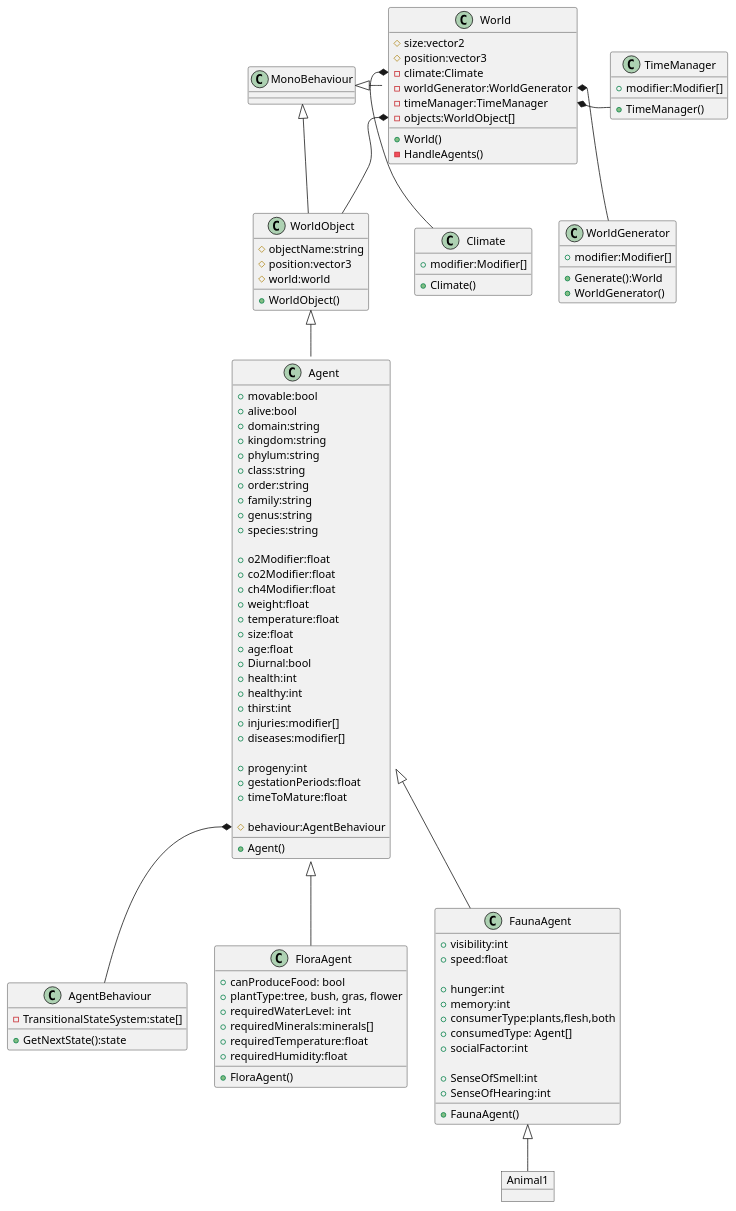
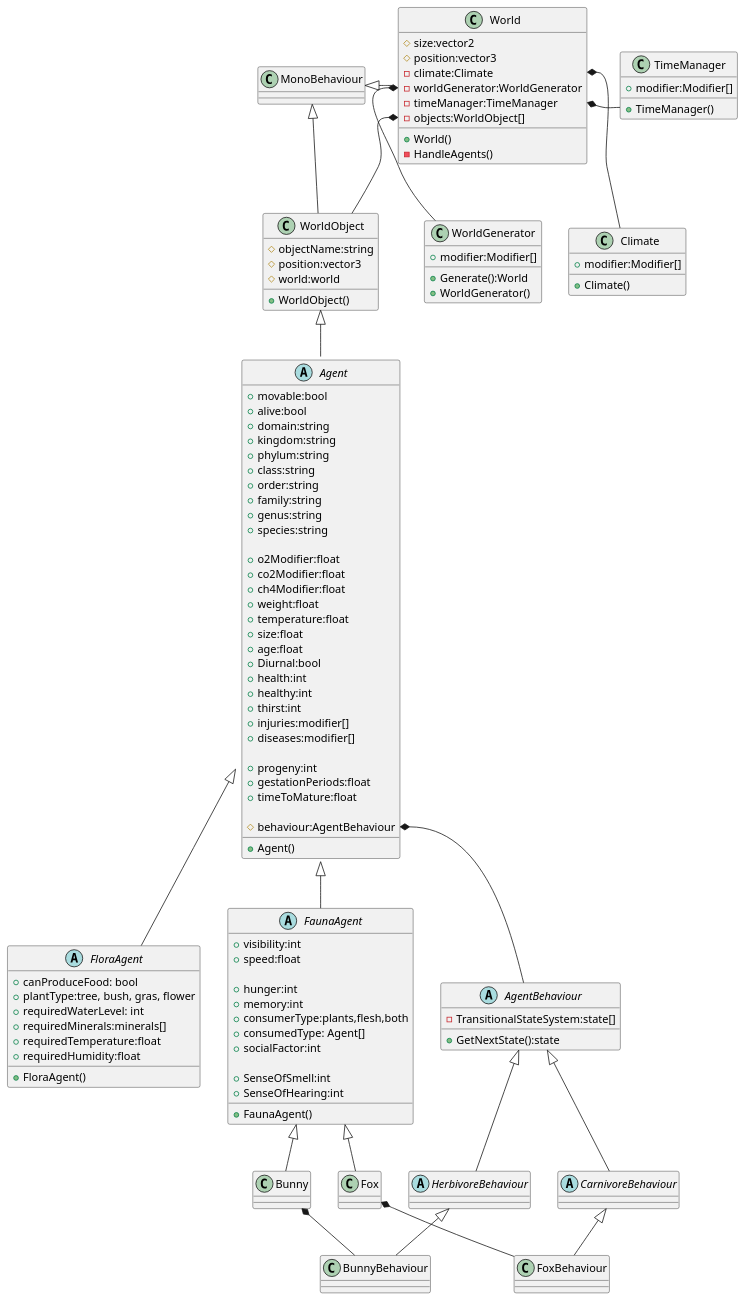
The diagram in Assets/Doc/class.puml (poetter-sebastian/Simulation), drawn with PlantUML before and after one commit. The commit also changed 9 other files, not shown here.

Commit message:
Changed UML diagramms Added more behavior logic

```diff
--- a/Assets/Doc/class.puml
+++ b/Assets/Doc/class.puml
@@ -1,128 +1,146 @@
 @startuml
 	class Climate {
 		+modifier:Modifier[]
 		
 		+Climate()
 	}
 	
 	class WorldGenerator {
 	    +modifier:Modifier[]
 	
 		+Generate():World
 		+WorldGenerator()
 	}
 	
 	class TimeManager {
 		+modifier:Modifier[]
 		
 		+TimeManager()
 	}
 	
     class World {
         #size:vector2
         #position:vector3
         -climate:Climate
         -worldGenerator:WorldGenerator
         -timeManager:TimeManager
         -objects:WorldObject[]
         
         +World()
         -HandleAgents()
     }
 	
 	class WorldObject {
 		#objectName:string
 		#position:vector3
 		#world:world
 		
 		+WorldObject()
 	}
 	
 	
-	class Agent {
+	Abstract class Agent {
         +movable:bool
         +alive:bool
         +domain:string
         +kingdom:string
         +phylum:string
         +class:string
         +order:string
         +family:string
         +genus:string
         +species:string
         
         +o2Modifier:float
         +co2Modifier:float
         +ch4Modifier:float
         +weight:float
         +temperature:float
         +size:float
         +age:float
         +Diurnal:bool
         +health:int
         +healthy:int
         +thirst:int
         +injuries:modifier[]
         +diseases:modifier[]
         
         +progeny:int
         +gestationPeriods:float
         +timeToMature:float
         
         #behaviour:AgentBehaviour
         
         +Agent()
     }
 
-	class AgentBehaviour {
+	Abstract class AgentBehaviour {
 		-TransitionalStateSystem:state[]
 		
 		+GetNextState():state
 	}
 	
-	class FloraAgent {
+	Abstract class FloraAgent {
 	    +canProduceFood: bool
 	    +plantType:tree, bush, gras, flower
 	    +requiredWaterLevel: int
 	    +requiredMinerals:minerals[]
 	    +requiredTemperature:float
 	    +requiredHumidity:float
 	     
 		+FloraAgent()
 	}
 	
-    class FaunaAgent {
+    Abstract class FaunaAgent {
         +visibility:int
         +speed:float
         
         +hunger:int
         +memory:int
         +consumerType:plants,flesh,both
         +consumedType: Agent[]
         +socialFactor:int
         
         +SenseOfSmell:int
         +SenseOfHearing:int
     
         +FaunaAgent()
     }
     
-    object Animal1
+    Abstract class HerbivoreBehaviour {
+    
+    }
+    
+    Abstract class CarnivoreBehaviour {
+        
+    }
 	
 	World::objects *- WorldObject
 	World::timeManager *- TimeManager
 	World::worldGenerator *-- WorldGenerator
 	World::climate *-- Climate
 	
 	MonoBehaviour <|-- WorldObject
 	MonoBehaviour <|- World
 	
 	WorldObject <|-- Agent
 	
 	Agent <|-- FloraAgent
 	Agent::behaviour *-- AgentBehaviour
 	
+	AgentBehaviour <|-- HerbivoreBehaviour
+	AgentBehaviour <|-- CarnivoreBehaviour
+	
+	HerbivoreBehaviour <|-- BunnyBehaviour
+	CarnivoreBehaviour <|-- FoxBehaviour
+	
 	Agent <|-- FaunaAgent
-	FaunaAgent <|-- Animal1
+	
+	FaunaAgent <|-- Bunny
+	FaunaAgent <|-- Fox
+	
+	Fox *-- FoxBehaviour
+	
+	Bunny *-- BunnyBehaviour
 	
 @enduml
```
